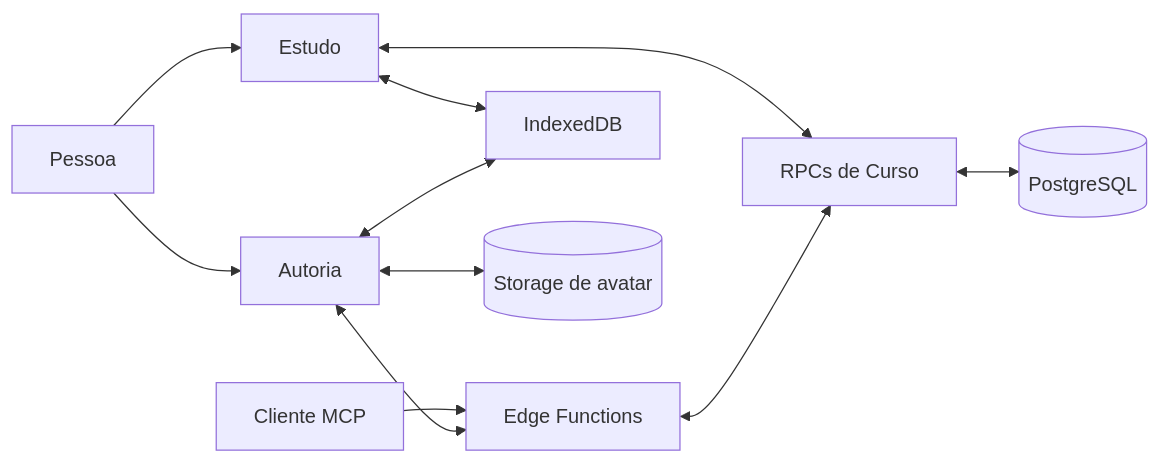
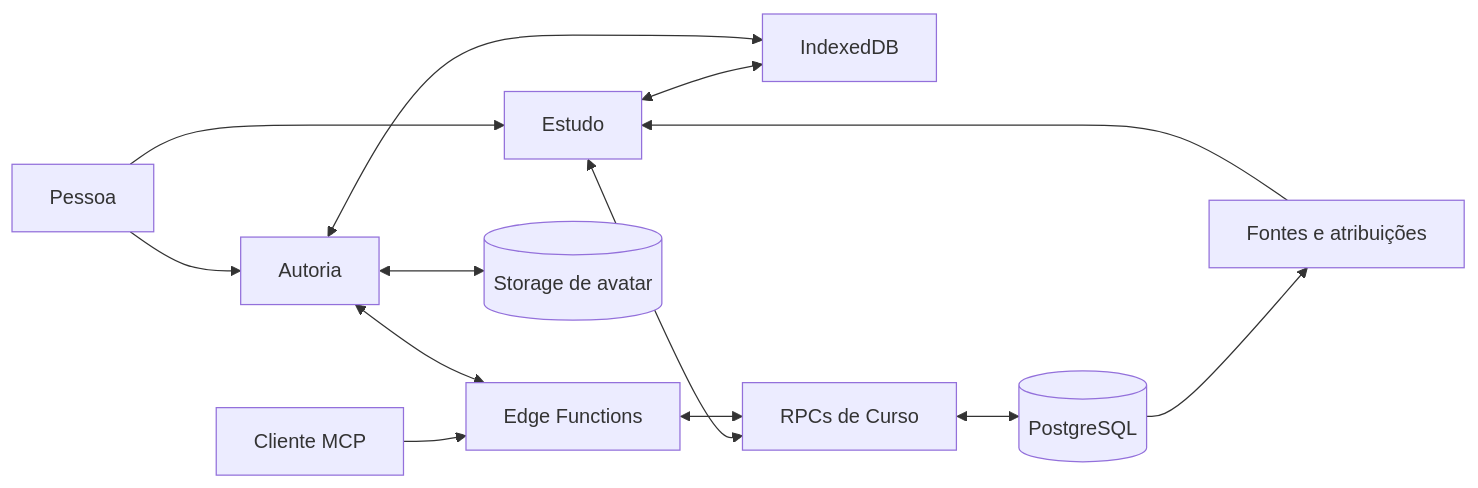
One commit to fabio-ara/AraLearn changed the diagram in docs/arquitetura.md. Above: the diagram before and after it, drawn with Mermaid. The commit also changed other lines of this file and 94 other files, not shown here.

````diff
--- a/docs/arquitetura.md
+++ b/docs/arquitetura.md
@@ -61,13 +71,15 @@
 ```mermaid
 flowchart LR
     P[Pessoa] --> S[Estudo]
     P --> A[Autoria]
     M[Cliente MCP] --> E[Edge Functions]
     S <--> I[IndexedDB]
     A <--> I
     S <--> R[RPCs de Curso]
     A <--> E
     E <--> R
     R <--> D[(PostgreSQL)]
+    D --> F[Fontes e atribuições]
+    F --> S
     A <--> V[(Storage de avatar)]
 ```
````
